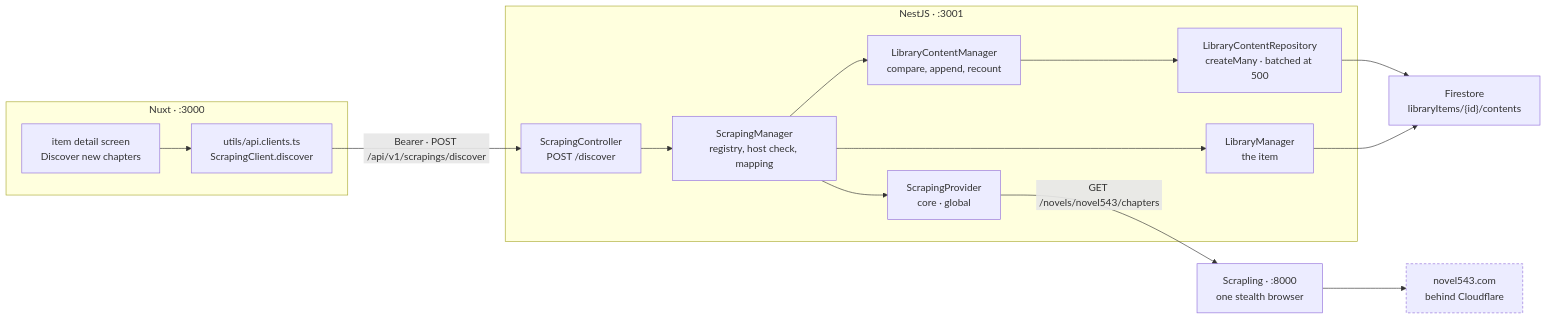
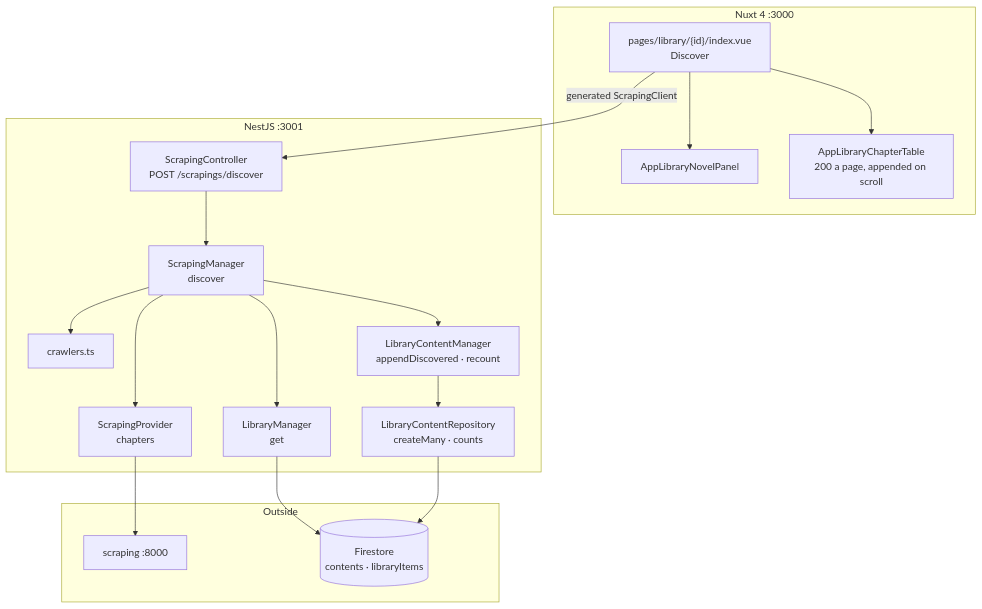
Before and after one commit to datntdev0/projects.media-studio: the first of 2 diagrams in _docs/plan/[scraping]-part1_discover_library_content_list.md, drawn with Mermaid. The commit also changed other lines of this file and 11 other files, not shown here.

````diff
--- a/_docs/plan/[scraping]-part1_discover_library_content_list.md
+++ b/_docs/plan/[scraping]-part1_discover_library_content_list.md
@@ -139,34 +95,32 @@
 ```mermaid
-flowchart LR
-    subgraph fe["Nuxt · :3000"]
-        DETAIL["item detail screen<br/>Discover new chapters"]
-        CLIENT["utils/api.clients.ts<br/>ScrapingClient.discover"]
-        DETAIL --> CLIENT
+flowchart TB
+    subgraph fe["Nuxt 4 :3000"]
+        PAGE["pages/library/{id}/index.vue<br/>Discover"]
+        PANEL["AppLibraryNovelPanel"]
+        TABLE["AppLibraryChapterTable<br/>200 a page, appended on scroll"]
     end
 
-    subgraph be["NestJS · :3001"]
-        CTRL["ScrapingController<br/>POST /discover"]
-        MGR["ScrapingManager<br/>registry, host check, mapping"]
-        LMGR["LibraryManager<br/>the item"]
-        CMGR["LibraryContentManager<br/>compare, append, recount"]
-        CREPO["LibraryContentRepository<br/>createMany · batched at 500"]
-        PROV["ScrapingProvider<br/>core · global"]
-        CTRL --> MGR
-        MGR --> LMGR
-        MGR --> CMGR
-        MGR --> PROV
-        CMGR --> CREPO
+    subgraph be["NestJS :3001"]
+        CTRL["ScrapingController<br/>POST /scrapings/discover"]
+        SMGR["ScrapingManager<br/>discover"]
+        REG["crawlers.ts"]
+        PROV["ScrapingProvider<br/>chapters"]
+        LMGR["LibraryManager<br/>get"]
+        CMGR["LibraryContentManager<br/>appendDiscovered · recount"]
+        CREPO["LibraryContentRepository<br/>createMany · counts"]
     end
 
-    SCRAPE["Scrapling · :8000<br/>one stealth browser"]
-    FS["Firestore<br/>libraryItems/{id}/contents"]
-    SITE["novel543.com<br/>behind Cloudflare"]
+    subgraph ext["Outside"]
+        PY["scraping :8000"]
+        FS[("Firestore<br/>contents · libraryItems")]
+    end
 
-    CLIENT -- "Bearer · POST /api/v1/scrapings/discover" --> CTRL
-    PROV -- "GET /novels/novel543/chapters" --> SCRAPE
-    CREPO --> FS
-    LMGR --> FS
-    SCRAPE --> SITE
-
-    style SITE stroke-dasharray: 4 3
+    PAGE --> PANEL
+    PAGE --> TABLE
+    PAGE -- "generated ScrapingClient" --> CTRL
+    CTRL --> SMGR
+    SMGR --> LMGR --> FS
+    SMGR --> REG
+    SMGR --> PROV --> PY
+    SMGR --> CMGR --> CREPO --> FS
 ```
````
